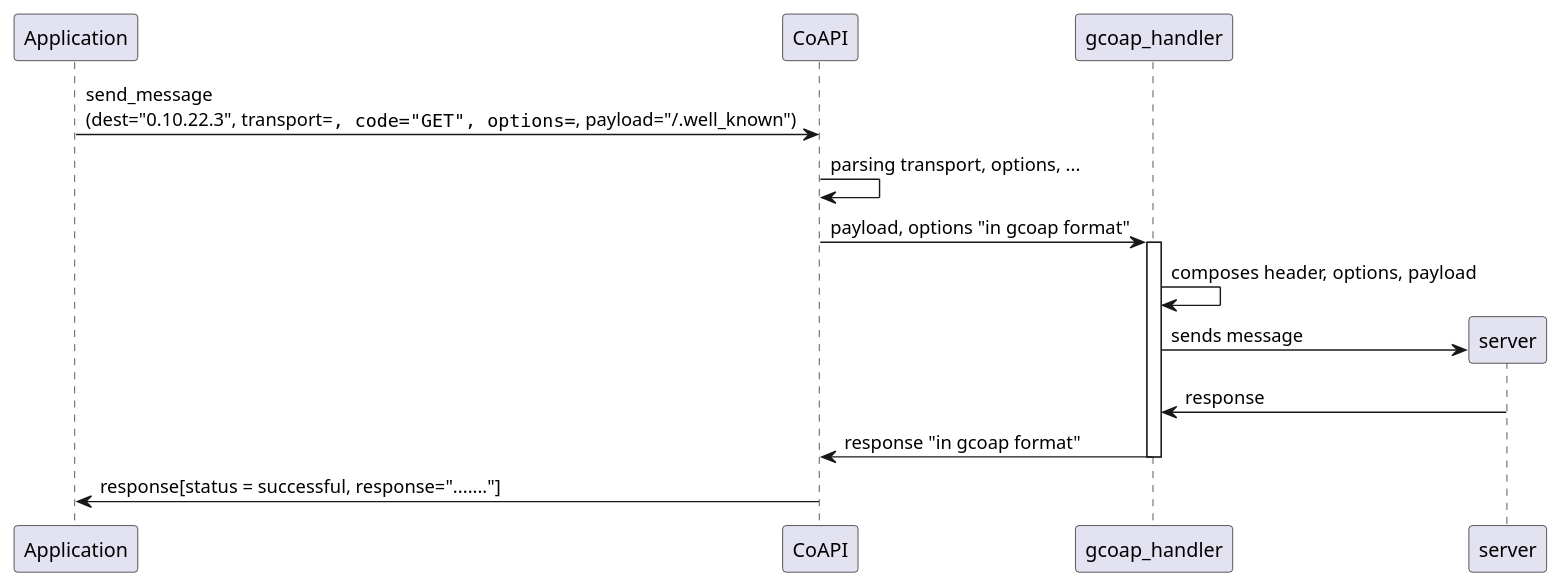
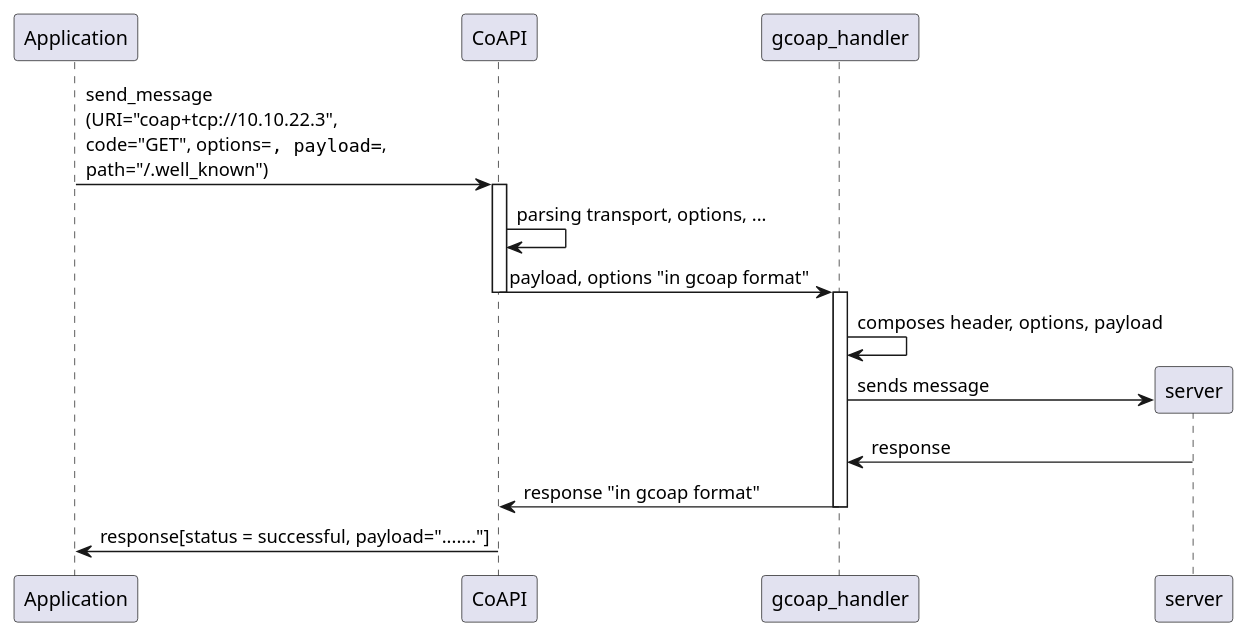
Before and after one commit to triess/CARO: the diagram in Documentation/seq_get.plantuml, drawn with PlantUML. The commit also changed 3 other files, not shown here.

```diff
--- a/Documentation/seq_get.plantuml
+++ b/Documentation/seq_get.plantuml
@@ -1,14 +1,17 @@
 @startuml
-Application -> CoAPI: send_message\n(dest="0.10.22.3", transport="", code="GET", options="", payload="/.well_known")
+
+Application -> CoAPI: send_message\n(URI="coap+tcp://10.10.22.3",\ncode="GET", options="", payload="", \npath="/.well_known")
+activate CoAPI
 CoAPI -> CoAPI: parsing transport, options, ...
 CoAPI -> gcoap_handler: payload, options "in gcoap format"
+deactivate CoAPI
 activate gcoap_handler
 gcoap_handler -> gcoap_handler: composes header, options, payload
 create server
 gcoap_handler -> server: sends message
 server -> gcoap_handler: response
 gcoap_handler -> CoAPI: response "in gcoap format"
 deactivate gcoap_handler
-CoAPI -> Application: response[status = successful, response="......."]
+CoAPI -> Application: response[status = successful, payload="......."]
 
 @enduml
```
